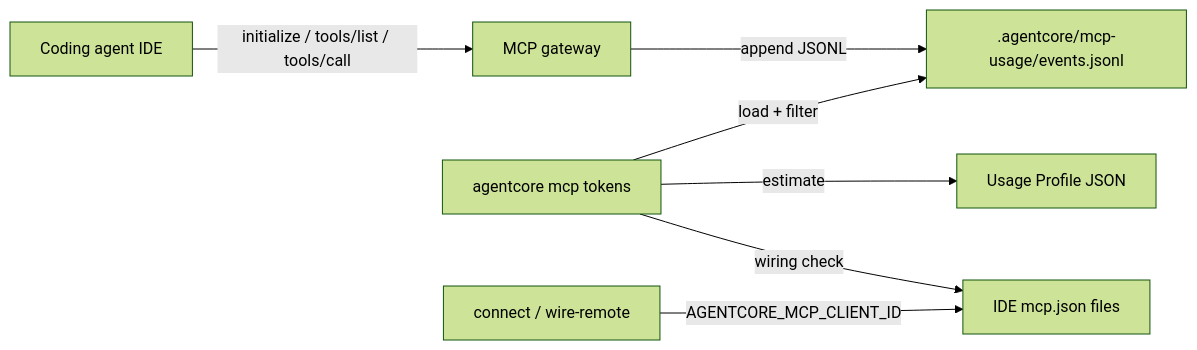
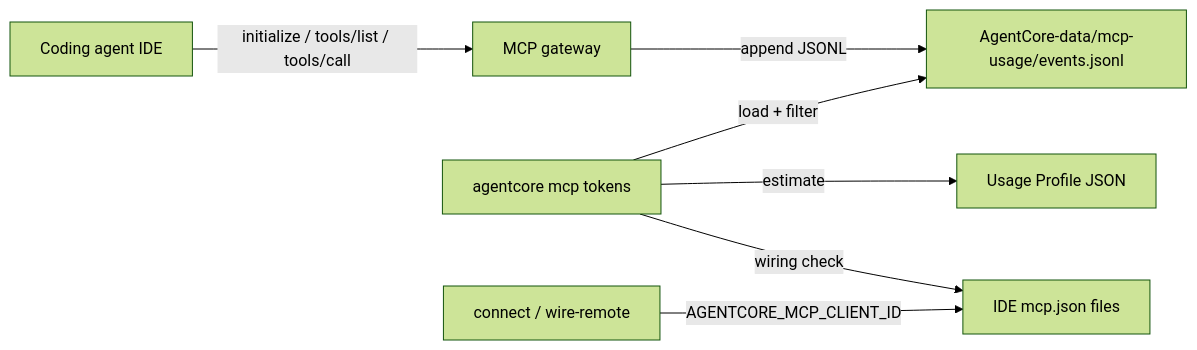
One commit to Mohammad-Mirasadollahi/AgentCore changed the diagram in docs/08-software-engineering-architecture/44-mcp-token-accounting.md. Above: the diagram before and after it, drawn with Mermaid (forest theme). The commit also changed 34 other files, not shown here.

First line of the commit message:
Put durable AgentCore data beside the install and auto-stage sync sources.

````diff
--- a/docs/08-software-engineering-architecture/44-mcp-token-accounting.md
+++ b/docs/08-software-engineering-architecture/44-mcp-token-accounting.md
@@ -106,9 +106,9 @@
 ```mermaid
 flowchart LR
   IDE["Coding agent IDE"] -->|"initialize / tools/list / tools/call"| GW["MCP gateway"]
-  GW -->|"append JSONL"| LOG[".agentcore/mcp-usage/events.jsonl"]
+  GW -->|"append JSONL"| LOG["AgentCore-data/mcp-usage/events.jsonl"]
   CLI["agentcore mcp tokens"] -->|"estimate"| PROF["Usage Profile JSON"]
   CLI -->|"load + filter"| LOG
   CLI -->|"wiring check"| CFG["IDE mcp.json files"]
   WIRE["connect / wire-remote"] -->|"AGENTCORE_MCP_CLIENT_ID"| CFG
 ```
````
